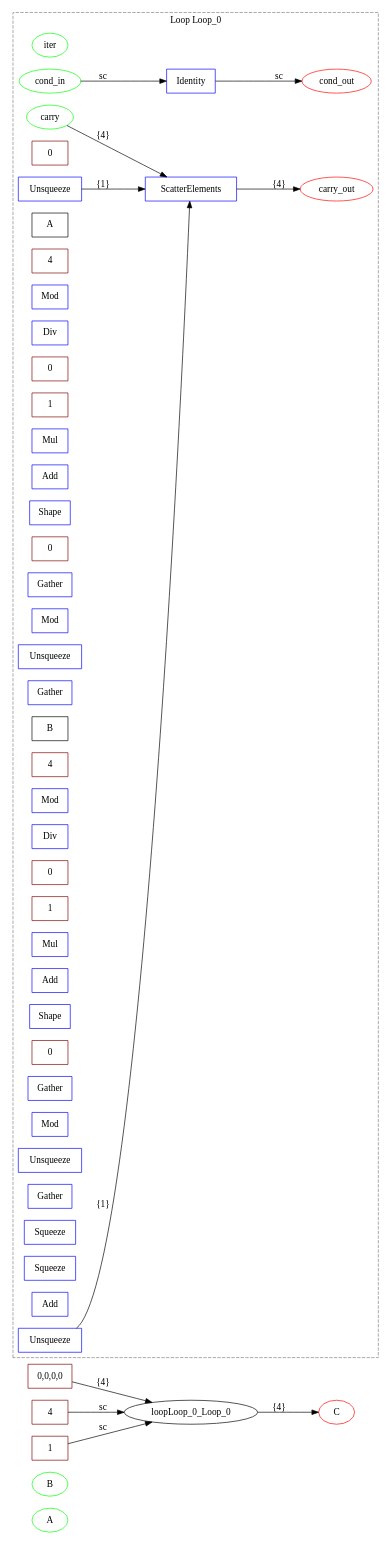
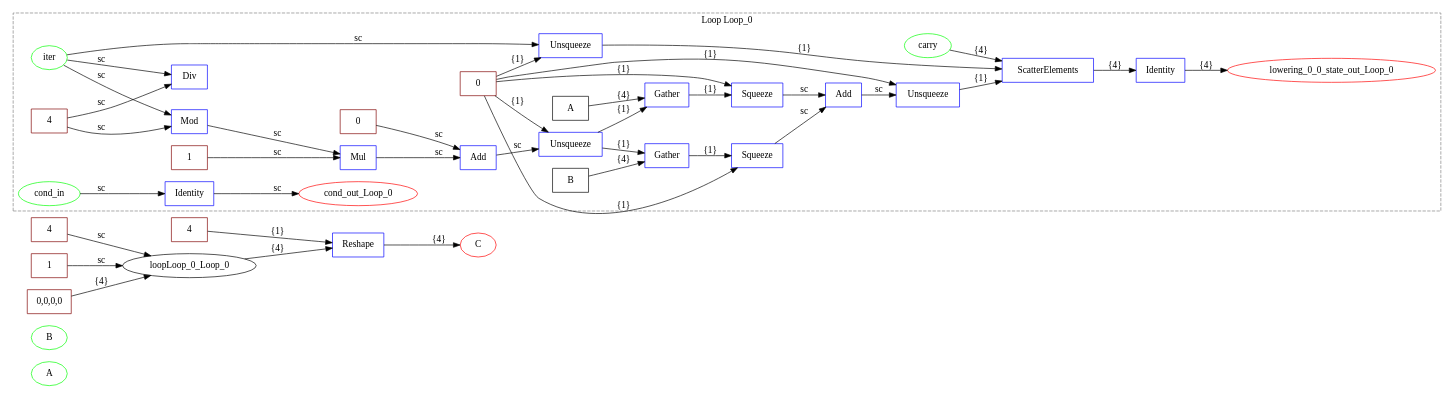
The diagram in examples/onnx/vectoradd_test.dot (specs-feup/onnx-flow), drawn with Graphviz before and after one commit. The commit also changed 139 other files, not shown here.

```diff
--- a/examples/onnx/vectoradd_test.dot
+++ b/examples/onnx/vectoradd_test.dot
@@ -1,67 +1,81 @@
 digraph {
   graph [compound=true rankdir=LR];
   A [label=A shape=ellipse color=lime];
   B [label=B shape=ellipse color=lime];
   C [label=C shape=ellipse color=red];
-  init_carry [label="0,0,0,0" shape=box color=maroon];
-  trip_count_0 [label=4 shape=box color=maroon];
-  cond_0 [label=1 shape=box color=maroon];
+  lowering_0_Reshape [label=Reshape shape=box color=blue];
+  lowering_0_final_shape [label=4 shape=box color=maroon];
+  lowering_0_trip_count_Loop_0 [label=4 shape=box color=maroon];
+  lowering_0_cond_Loop_0 [label=1 shape=box color=maroon];
+  lowering_0_init_carry_Loop_0 [label="0,0,0,0" shape=box color=maroon];
   subgraph cluster_loop_Loop_0 {
     graph [compound=true rankdir=LR];
     loopLoop_0_iter [label=iter shape=ellipse color=lime];
     loopLoop_0_cond_in [label=cond_in shape=ellipse color=lime];
     loopLoop_0_carry [label=carry shape=ellipse color=lime];
-    loopLoop_0_axes [label=0 shape=box color=maroon];
-    loopLoop_0_unsq [label=Unsqueeze shape=box color=blue];
-    loopLoop_0_unsq -> loopLoop_0_scatter [label="{1}"];
+    loopLoop_0_id_cond_Loop_0 [label=Identity shape=box color=blue];
+    loopLoop_0_cond_out_Loop_0 [label=cond_out_Loop_0 shape=ellipse color=red];
+    loopLoop_0_Loop_0_axes [label=0 shape=box color=maroon];
     loopLoop_0_A [label=A shape=box];
-    loopLoop_0_mr_dim_gb_out_A_0_0 [label=4 shape=box color=maroon];
-    loopLoop_0_mr_mod_gb_out_A_0_0 [label=Mod shape=box color=blue];
-    loopLoop_0_mr_div_gb_out_A_0_0 [label=Div shape=box color=blue];
-    loopLoop_0_lin_zero_gb_lin_A_0 [label=0 shape=box color=maroon];
-    loopLoop_0_lin_stride_gb_lin_A_0_0 [label=1 shape=box color=maroon];
-    loopLoop_0_lin_mul_gb_lin_A_0_0 [label=Mul shape=box color=blue];
-    loopLoop_0_lin_add_gb_lin_A_0_0 [label=Add shape=box color=blue];
-    loopLoop_0_sg_shape_gb_lin_A_0 [label=Shape shape=box color=blue];
-    loopLoop_0_sg_len_idx_gb_lin_A_0 [label=0 shape=box color=maroon];
-    loopLoop_0_sg_len_gb_lin_A_0 [label=Gather shape=box color=blue];
-    loopLoop_0_Mod_sg_mod_gb_lin_A_0 [label=Mod shape=box color=blue];
-    loopLoop_0_sg_idx_unsq_gb_lin_A_0 [label=Unsqueeze shape=box color=blue];
-    loopLoop_0_sg_g_gb_lin_A_0 [label=Gather shape=box color=blue];
+    loopLoop_0_ew_0_mr_dim_gb_out_A_0 [label=4 shape=box color=maroon];
+    loopLoop_0_ew_0_Mod [label=Mod shape=box color=blue];
+    loopLoop_0_ew_0_Mod -> loopLoop_0_ew_0_Mul [label=sc];
+    loopLoop_0_ew_0_Div [label=Div shape=box color=blue];
+    loopLoop_0_ew_0_lin_zero_gb_lin_A [label=0 shape=box color=maroon];
+    loopLoop_0_ew_0_lin_stride_gb_lin_A_0 [label=1 shape=box color=maroon];
+    loopLoop_0_ew_0_Mul [label=Mul shape=box color=blue];
+    loopLoop_0_ew_0_Mul -> loopLoop_0_ew_0_Add [label=sc];
+    loopLoop_0_ew_0_Add [label=Add shape=box color=blue];
+    loopLoop_0_ew_0_Add -> loopLoop_0_ew_0_Unsqueeze [label=sc];
+    loopLoop_0_ew_0_Unsqueeze [label=Unsqueeze shape=box color=blue];
+    loopLoop_0_ew_0_Unsqueeze -> loopLoop_0_ew_0_Gather [label="{1}"];
+    loopLoop_0_ew_0_Unsqueeze -> loopLoop_0_ew_0_Gather_1 [label="{1}"];
+    loopLoop_0_ew_0_Gather [label=Gather shape=box color=blue];
+    loopLoop_0_ew_0_Gather -> loopLoop_0_ew_0_Squeeze [label="{1}"];
+    loopLoop_0_ew_0_Squeeze [label=Squeeze shape=box color=blue];
+    loopLoop_0_ew_0_Squeeze -> loopLoop_0_ew_0_Add_1 [label=sc];
     loopLoop_0_B [label=B shape=box];
-    loopLoop_0_mr_dim_gb_out_B_0_0 [label=4 shape=box color=maroon];
-    loopLoop_0_mr_mod_gb_out_B_0_0 [label=Mod shape=box color=blue];
-    loopLoop_0_mr_div_gb_out_B_0_0 [label=Div shape=box color=blue];
-    loopLoop_0_lin_zero_gb_lin_B_0 [label=0 shape=box color=maroon];
-    loopLoop_0_lin_stride_gb_lin_B_0_0 [label=1 shape=box color=maroon];
-    loopLoop_0_lin_mul_gb_lin_B_0_0 [label=Mul shape=box color=blue];
-    loopLoop_0_lin_add_gb_lin_B_0_0 [label=Add shape=box color=blue];
-    loopLoop_0_sg_shape_gb_lin_B_0 [label=Shape shape=box color=blue];
-    loopLoop_0_sg_len_idx_gb_lin_B_0 [label=0 shape=box color=maroon];
-    loopLoop_0_sg_len_gb_lin_B_0 [label=Gather shape=box color=blue];
-    loopLoop_0_Mod_sg_mod_gb_lin_B_0 [label=Mod shape=box color=blue];
-    loopLoop_0_sg_idx_unsq_gb_lin_B_0 [label=Unsqueeze shape=box color=blue];
-    loopLoop_0_sg_g_gb_lin_B_0 [label=Gather shape=box color=blue];
-    loopLoop_0_sq_0_in0_scalar [label=Squeeze shape=box color=blue];
-    loopLoop_0_sq_0_in1_scalar [label=Squeeze shape=box color=blue];
-    loopLoop_0_Add_0 [label=Add shape=box color=blue];
-    loopLoop_0_updateUnsq [label=Unsqueeze shape=box color=blue];
-    loopLoop_0_updateUnsq -> loopLoop_0_scatter [label="{1}"];
-    loopLoop_0_id_cond [label=Identity shape=box color=blue];
-    loopLoop_0_cond_out [label=cond_out shape=ellipse color=red];
-    loopLoop_0_scatter [label=ScatterElements shape=box color=blue];
-    loopLoop_0_carry_out [label=carry_out shape=ellipse color=red];
-    loopLoop_0_id_cond -> loopLoop_0_cond_out [label=sc];
-    loopLoop_0_cond_in -> loopLoop_0_id_cond [label=sc];
-    loopLoop_0_carry -> loopLoop_0_scatter [label="{4}"];
-    loopLoop_0_scatter -> loopLoop_0_carry_out [label="{4}"];
+    loopLoop_0_ew_0_Gather_1 [label=Gather shape=box color=blue];
+    loopLoop_0_ew_0_Gather_1 -> loopLoop_0_ew_0_Squeeze_1 [label="{1}"];
+    loopLoop_0_ew_0_Squeeze_1 [label=Squeeze shape=box color=blue];
+    loopLoop_0_ew_0_Squeeze_1 -> loopLoop_0_ew_0_Add_1 [label=sc];
+    loopLoop_0_ew_0_Add_1 [label=Add shape=box color=blue];
+    loopLoop_0_ew_0_Add_1 -> loopLoop_0_Loop_0_Unsqueeze_1 [label=sc];
+    loopLoop_0_Loop_0_Unsqueeze [label=Unsqueeze shape=box color=blue];
+    loopLoop_0_Loop_0_Unsqueeze -> loopLoop_0_Loop_0_ScatterElements [label="{1}"];
+    loopLoop_0_Loop_0_Unsqueeze_1 [label=Unsqueeze shape=box color=blue];
+    loopLoop_0_Loop_0_Unsqueeze_1 -> loopLoop_0_Loop_0_ScatterElements [label="{1}"];
+    loopLoop_0_Loop_0_ScatterElements [label=ScatterElements shape=box color=blue];
+    loopLoop_0_Loop_0_ScatterElements -> loopLoop_0_lowering_0_id_state_out_Loop_0_0 [label="{4}"];
+    loopLoop_0_lowering_0_0_state_out_Loop_0 [label=lowering_0_0_state_out_Loop_0 shape=ellipse color=red];
+    loopLoop_0_lowering_0_id_state_out_Loop_0_0 [label=Identity shape=box color=blue];
+    loopLoop_0_cond_in -> loopLoop_0_id_cond_Loop_0 [label=sc];
+    loopLoop_0_iter -> loopLoop_0_ew_0_Mod [label=sc];
+    loopLoop_0_ew_0_mr_dim_gb_out_A_0 -> loopLoop_0_ew_0_Mod [label=sc];
+    loopLoop_0_id_cond_Loop_0 -> loopLoop_0_cond_out_Loop_0 [label=sc];
+    loopLoop_0_iter -> loopLoop_0_ew_0_Div [label=sc];
+    loopLoop_0_ew_0_mr_dim_gb_out_A_0 -> loopLoop_0_ew_0_Div [label=sc];
+    loopLoop_0_ew_0_lin_stride_gb_lin_A_0 -> loopLoop_0_ew_0_Mul [label=sc];
+    loopLoop_0_ew_0_lin_zero_gb_lin_A -> loopLoop_0_ew_0_Add [label=sc];
+    loopLoop_0_Loop_0_axes -> loopLoop_0_ew_0_Unsqueeze [label="{1}"];
+    loopLoop_0_A -> loopLoop_0_ew_0_Gather [label="{4}"];
+    loopLoop_0_Loop_0_axes -> loopLoop_0_ew_0_Squeeze [label="{1}"];
+    loopLoop_0_B -> loopLoop_0_ew_0_Gather_1 [label="{4}"];
+    loopLoop_0_Loop_0_axes -> loopLoop_0_ew_0_Squeeze_1 [label="{1}"];
+    loopLoop_0_iter -> loopLoop_0_Loop_0_Unsqueeze [label=sc];
+    loopLoop_0_Loop_0_axes -> loopLoop_0_Loop_0_Unsqueeze [label="{1}"];
+    loopLoop_0_Loop_0_axes -> loopLoop_0_Loop_0_Unsqueeze_1 [label="{1}"];
+    loopLoop_0_carry -> loopLoop_0_Loop_0_ScatterElements [label="{4}"];
+    loopLoop_0_lowering_0_id_state_out_Loop_0_0 -> loopLoop_0_lowering_0_0_state_out_Loop_0 [label="{4}"];
     graph [label="Loop Loop_0"];
     graph [style=dashed];
     graph [color=gray];
   }
 
-  cond_0 -> loopLoop_0_Loop_0 [label=sc lhead=cluster_loop_Loop_0];
-  trip_count_0 -> loopLoop_0_Loop_0 [label=sc lhead=cluster_loop_Loop_0];
-  loopLoop_0_Loop_0 -> C [label="{4}" ltail=cluster_loop_Loop_0];
-  init_carry -> loopLoop_0_Loop_0 [label="{4}" lhead=cluster_loop_Loop_0];
+  loopLoop_0_Loop_0 -> lowering_0_Reshape [label="{4}" ltail=cluster_loop_Loop_0];
+  lowering_0_final_shape -> lowering_0_Reshape [label="{1}"];
+  lowering_0_trip_count_Loop_0 -> loopLoop_0_Loop_0 [label=sc lhead=cluster_loop_Loop_0];
+  lowering_0_cond_Loop_0 -> loopLoop_0_Loop_0 [label=sc lhead=cluster_loop_Loop_0];
+  lowering_0_init_carry_Loop_0 -> loopLoop_0_Loop_0 [label="{4}" lhead=cluster_loop_Loop_0];
+  lowering_0_Reshape -> C [label="{4}"];
 }
```
